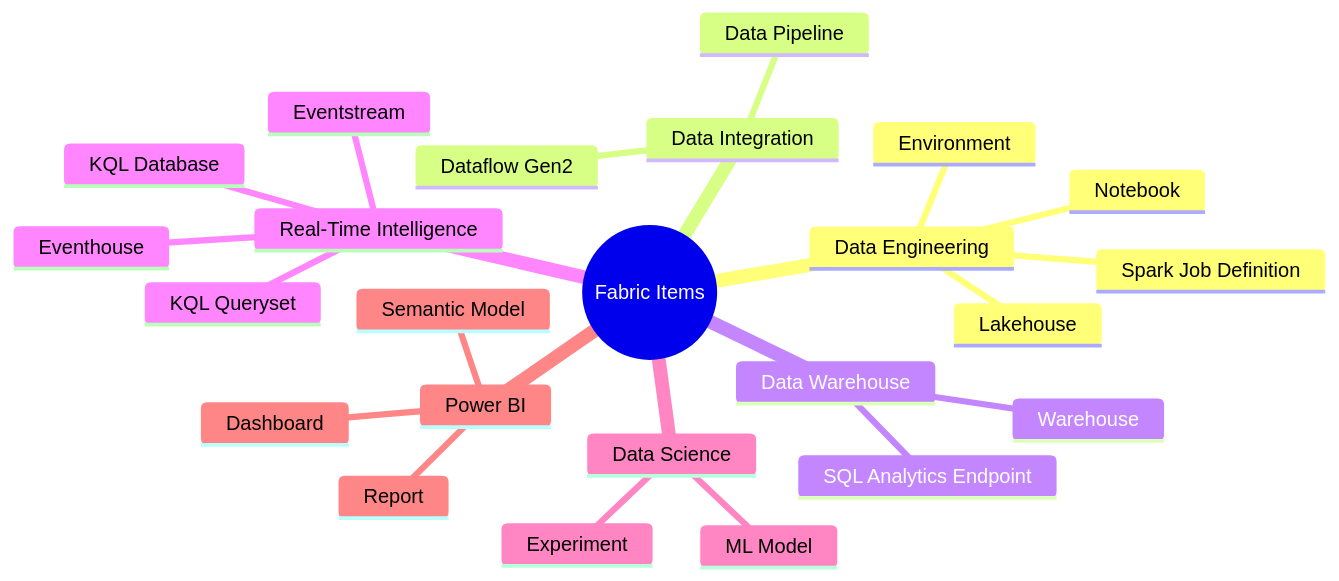
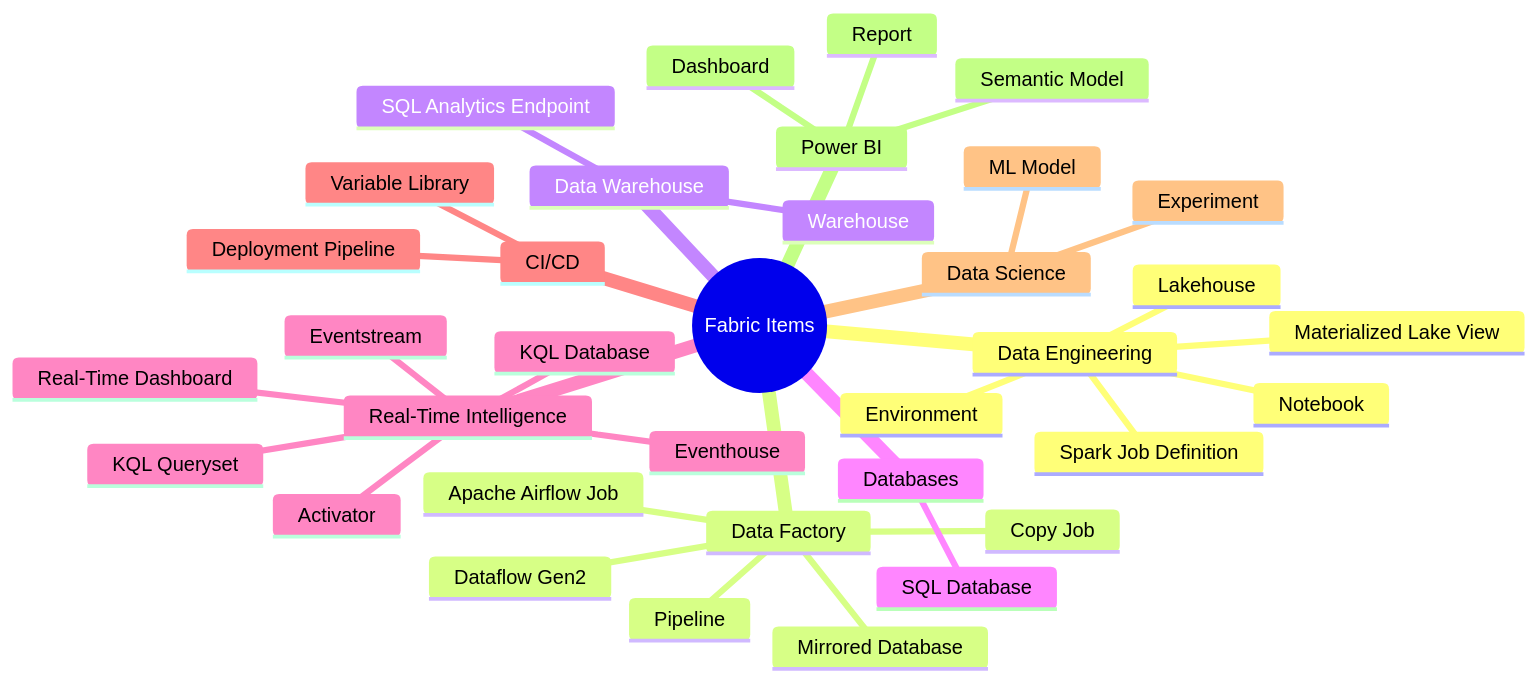
Before and after one commit to marcogrimaldi29/dp-700-study-notes: the fourth of 6 diagrams in 00-fabric-prerequisites.md, drawn with Mermaid. The commit also changed other lines of this file and 7 other files, not shown here.

````diff
--- a/00-fabric-prerequisites.md
+++ b/00-fabric-prerequisites.md
@@ -120,27 +126,38 @@
 ```mermaid
 mindmap
   root((Fabric Items))
     Data Engineering
       Lakehouse
       Notebook
       Spark Job Definition
       Environment
-    Data Integration
-      Data Pipeline
+      Materialized Lake View
+    Data Factory
+      Pipeline
+      Copy Job
       Dataflow Gen2
+      Mirrored Database
+      Apache Airflow Job
     Data Warehouse
       Warehouse
       SQL Analytics Endpoint
+    Databases
+      SQL Database
     Real-Time Intelligence
       Eventhouse
       KQL Database
       KQL Queryset
       Eventstream
+      Activator
+      Real-Time Dashboard
+    CI/CD
+      Variable Library
+      Deployment Pipeline
     Data Science
       Experiment
       ML Model
     Power BI
       Semantic Model
       Report
       Dashboard
 ```
````
